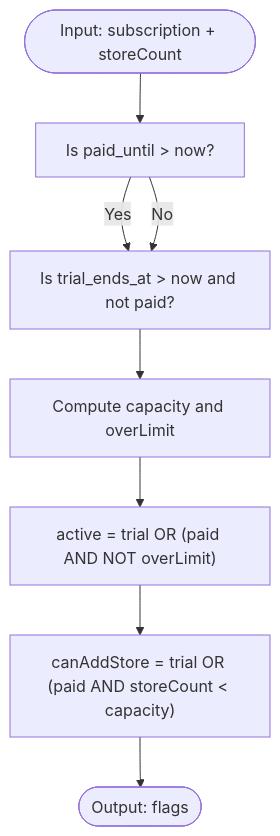
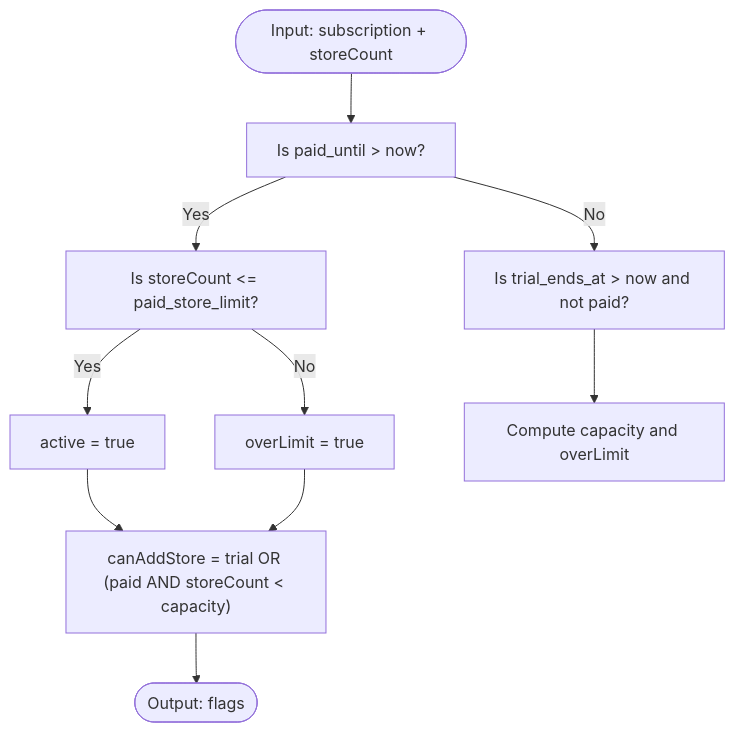
Before and after one commit to themclloyd/storq: the third of 6 diagrams in .qoder/repowiki/en/content/Billing & Subscriptions/Billing & Subscriptions.md, drawn with Mermaid. The commit also changed other lines of this file and 31 other files, not shown here.

````diff
--- a/.qoder/repowiki/en/content/Billing & Subscriptions/Billing & Subscriptions.md
+++ b/.qoder/repowiki/en/content/Billing & Subscriptions/Billing & Subscriptions.md
@@ -138,10 +155,12 @@
 ```mermaid
 flowchart TD
 Start(["Input: subscription + storeCount"]) --> PaidCheck["Is paid_until > now?"]
-PaidCheck --> |Yes| TrialCheck["Is trial_ends_at > now and not paid?"]
-PaidCheck --> |No| TrialCheck
+PaidCheck --> |Yes| CapacityCheck["Is storeCount <= paid_store_limit?"]
+PaidCheck --> |No| TrialCheck["Is trial_ends_at > now and not paid?"]
+CapacityCheck --> |Yes| Active["active = true"]
+CapacityCheck --> |No| OverLimit["overLimit = true"]
 TrialCheck --> Capacity["Compute capacity and overLimit"]
-Capacity --> Active["active = trial OR (paid AND NOT overLimit)"]
 Active --> CanAdd["canAddStore = trial OR (paid AND storeCount < capacity)"]
+OverLimit --> CanAdd
 CanAdd --> End(["Output: flags"])
 ```
````
